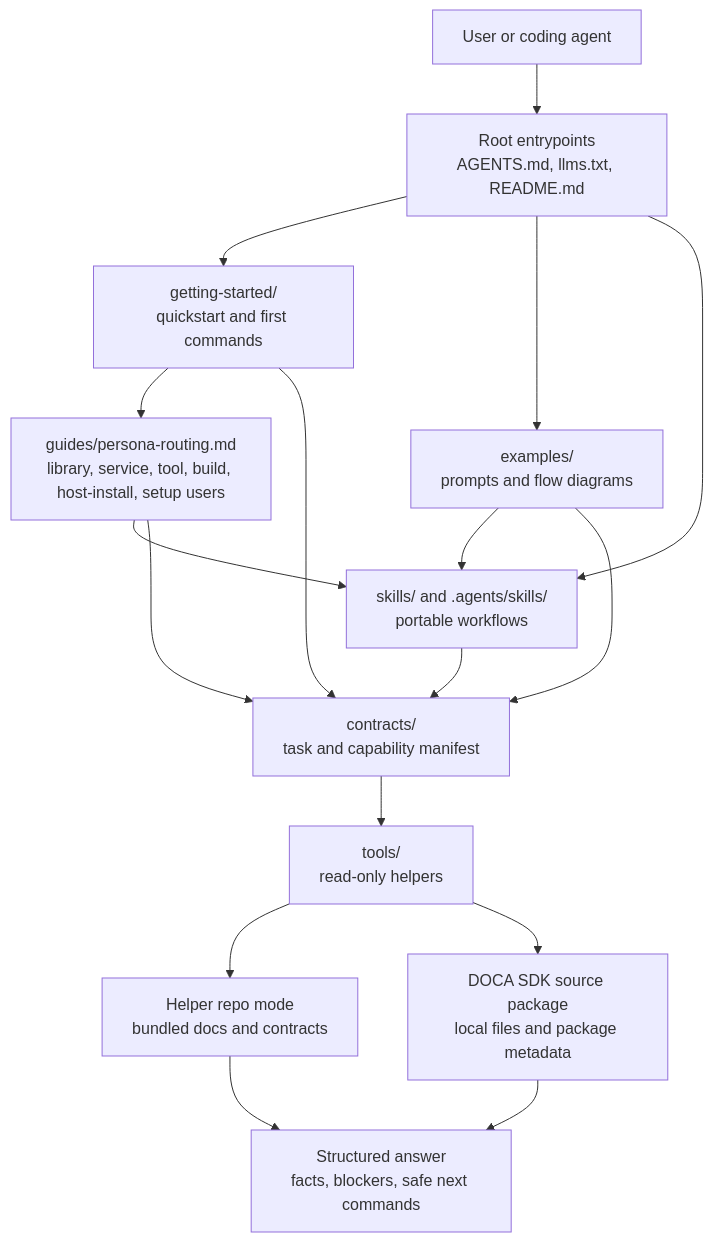
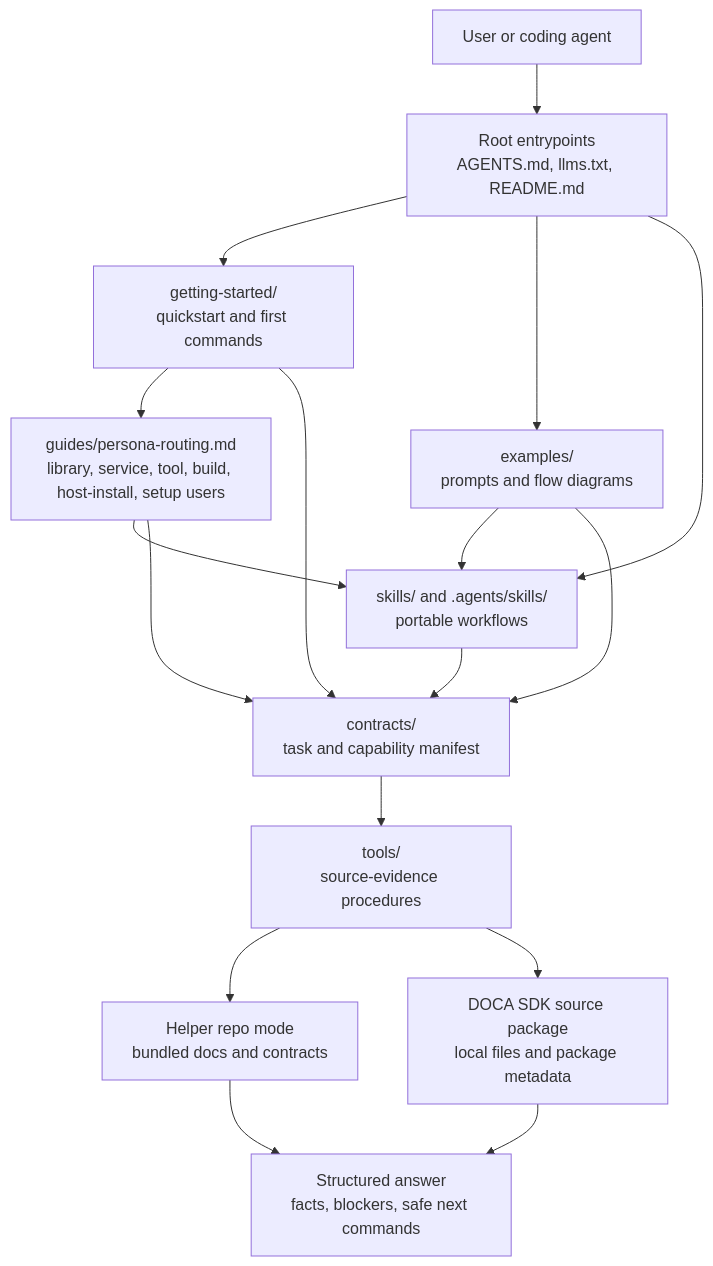
The diagram in README.md (NVIDIA-DOCA/doca-skills), drawn with Mermaid before and after one commit. The commit also changed other lines of this file and 49 other files, not shown here.

````diff
--- a/README.md
+++ b/README.md
@@ -56,31 +59,31 @@
 ```mermaid
 flowchart TD
     user["User or coding agent"]
     entry["Root entrypoints<br/>AGENTS.md, llms.txt, README.md"]
     guide["getting-started/<br/>quickstart and first commands"]
     examples["examples/<br/>prompts and flow diagrams"]
     personas["guides/persona-routing.md<br/>library, service, tool, build, host-install, setup users"]
     skills["skills/ and .agents/skills/<br/>portable workflows"]
     contracts["contracts/<br/>task and capability manifest"]
-    tools["tools/<br/>read-only helpers"]
+    tools["tools/<br/>source-evidence procedures"]
     helper["Helper repo mode<br/>bundled docs and contracts"]
     source["DOCA SDK source package<br/>local files and package metadata"]
     report["Structured answer<br/>facts, blockers, safe next commands"]
 
     user --> entry
     entry --> guide
     entry --> examples
     guide --> personas
     entry --> skills
     personas --> skills
     personas --> contracts
     guide --> contracts
     examples --> skills
     examples --> contracts
     skills --> contracts
     contracts --> tools
     tools --> helper
     tools --> source
     source --> report
     helper --> report
 ```
````
